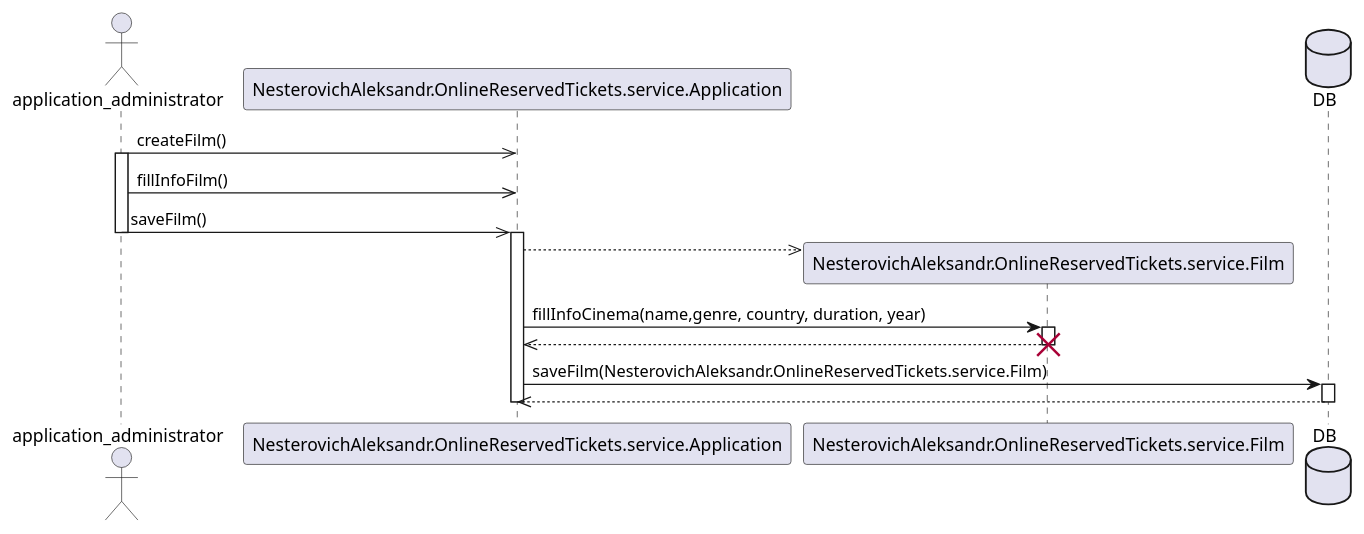
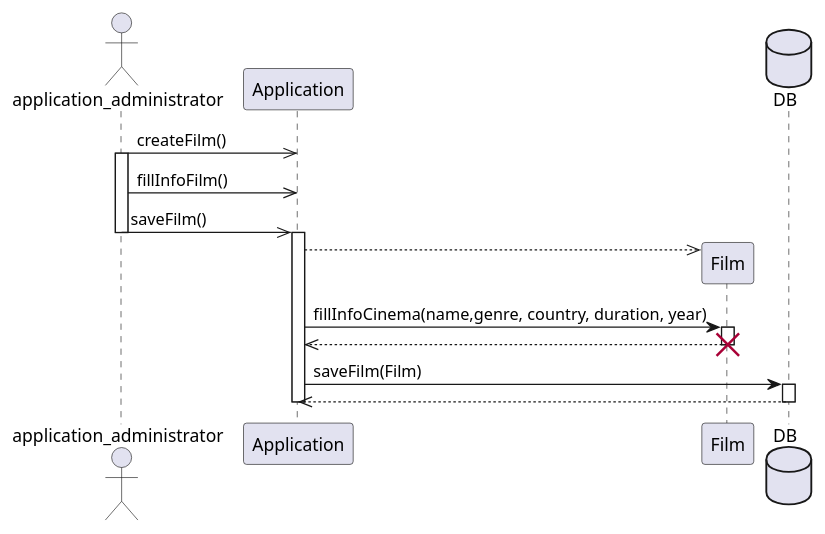
The diagram in src/main/resources/UML/add film.puml (chivo-retsen/OnlineReservedTickets), drawn with PlantUML before and after one commit. The commit also changed 35 other files, not shown here.

```diff
--- a/src/main/resources/UML/add film.puml
+++ b/src/main/resources/UML/add film.puml
@@ -1,29 +1,29 @@
 @startuml
 
 actor application_administrator
 
-application_administrator ->> NesterovichAleksandr.OnlineReservedTickets.service.Application : createFilm()
+application_administrator ->> Application : createFilm()
 activate application_administrator
-application_administrator ->> NesterovichAleksandr.OnlineReservedTickets.service.Application : fillInfoFilm()
-application_administrator ->> NesterovichAleksandr.OnlineReservedTickets.service.Application : saveFilm()
+application_administrator ->> Application : fillInfoFilm()
+application_administrator ->> Application : saveFilm()
 deactivate application_administrator
 
-activate NesterovichAleksandr.OnlineReservedTickets.service.Application
-create NesterovichAleksandr.OnlineReservedTickets.service.Film
-NesterovichAleksandr.OnlineReservedTickets.service.Application -->> NesterovichAleksandr.OnlineReservedTickets.service.Film
-NesterovichAleksandr.OnlineReservedTickets.service.Application -> NesterovichAleksandr.OnlineReservedTickets.service.Film : fillInfoCinema(name,genre, country, duration, year)
-activate NesterovichAleksandr.OnlineReservedTickets.service.Film
-NesterovichAleksandr.OnlineReservedTickets.service.Application <<-- NesterovichAleksandr.OnlineReservedTickets.service.Film
-deactivate NesterovichAleksandr.OnlineReservedTickets.service.Film
-destroy NesterovichAleksandr.OnlineReservedTickets.service.Film
+activate Application
+create Film
+Application -->> Film
+Application -> Film : fillInfoCinema(name,genre, country, duration, year)
+activate Film
+Application <<-- Film
+deactivate Film
+destroy Film
 
 database DB
 
-NesterovichAleksandr.OnlineReservedTickets.service.Application -> DB : saveFilm(NesterovichAleksandr.OnlineReservedTickets.service.Film)
+Application -> DB : saveFilm(Film)
 activate DB
-NesterovichAleksandr.OnlineReservedTickets.service.Application <<-- DB
+Application <<-- DB
 deactivate DB
 
-deactivate NesterovichAleksandr.OnlineReservedTickets.service.Application
+deactivate Application
 
 @enduml
```
